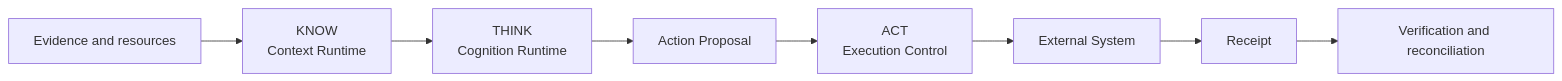
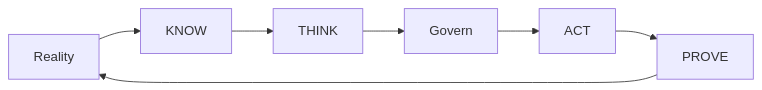
One commit to baum777/unitera_public_docs changed the diagram in docs/en/overview.md. Above: the diagram before and after it, drawn with Mermaid. The commit also changed other lines of this file and 66 other files, not shown here.

````diff
--- a/docs/en/overview.md
+++ b/docs/en/overview.md
@@ -11,10 +22,9 @@
 ```mermaid
 flowchart LR
-    E[Evidence and resources] --> K["KNOW<br>Context Runtime"]
-    K --> T["THINK<br>Cognition Runtime"]
-    T --> P[Action Proposal]
-    P --> A["ACT<br>Execution Control"]
-    A --> X[External System]
-    X --> R[Receipt]
-    R --> V[Verification and reconciliation]
+    R["Reality"] --> K["KNOW"]
+    K --> T["THINK"]
+    T --> G["Govern"]
+    G --> A["ACT"]
+    A --> P["PROVE"]
+    P --> R
 ```
````
